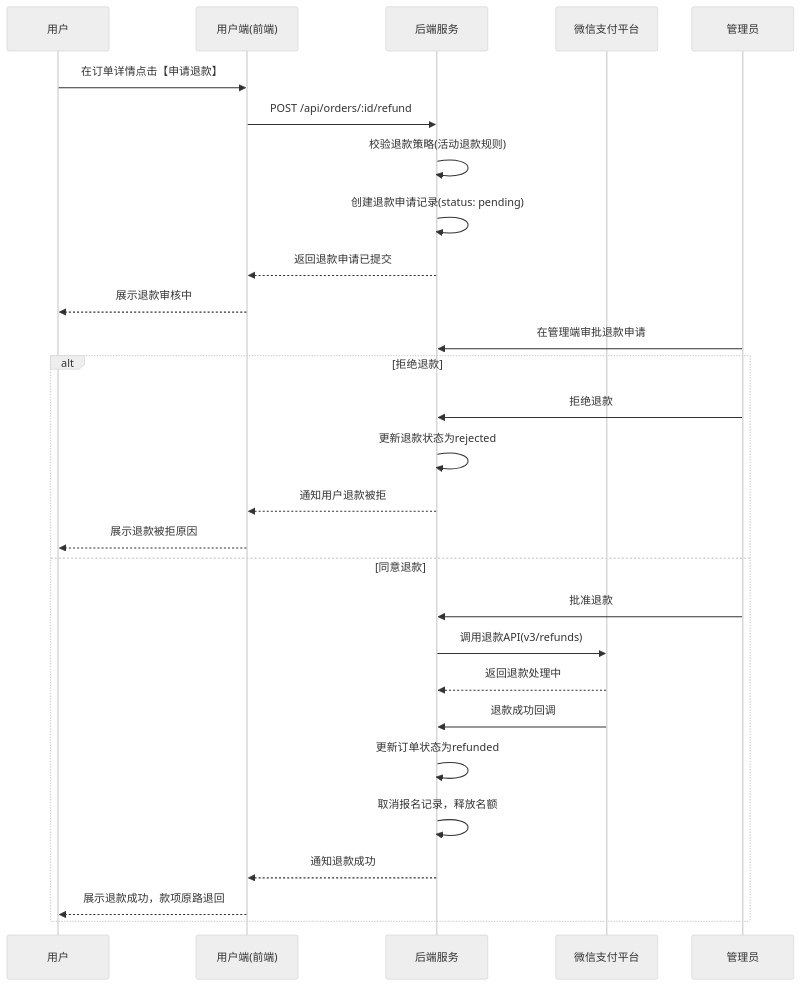
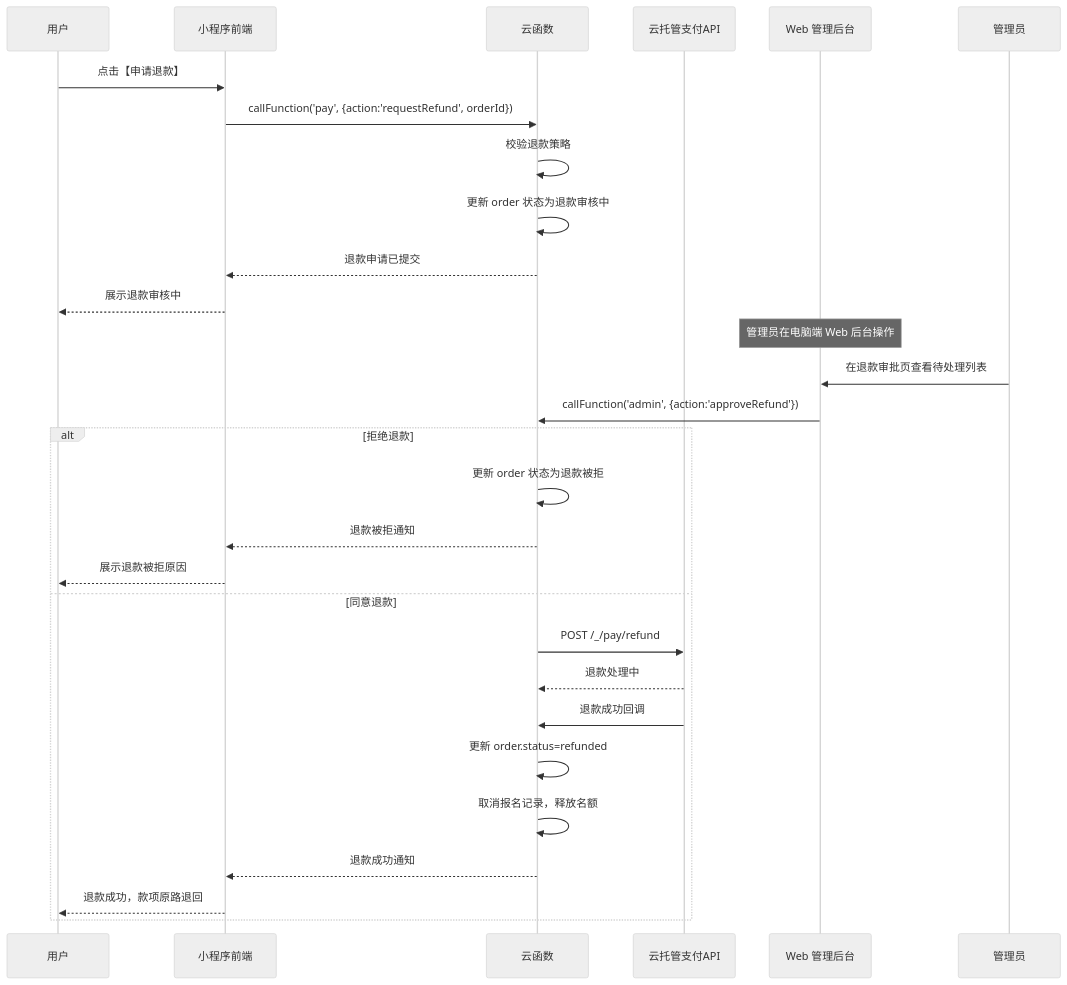
One commit to randyluo85/greenwing changed the fifth of 5 diagrams in .vibe-context/PRD.md. Above: the diagram before and after it, drawn with Mermaid (neutral theme). The commit also changed other lines of this file and 272 other files, not shown here.

````diff
--- a/.vibe-context/PRD.md
+++ b/.vibe-context/PRD.md
@@ -372,32 +400,33 @@
 ```mermaid
 sequenceDiagram
     participant User as 用户
-    participant Frontend as 用户端(前端)
-    participant Backend as 后端服务
-    participant WeChatPay as 微信支付平台
+    participant MiniApp as 小程序前端
+    participant CloudFunc as 云函数
+    participant PayAPI as 云托管支付API
+    participant WebAdmin as Web 管理后台
     participant Admin as 管理员
 
-    User->>Frontend: 在订单详情点击【申请退款】
-    Frontend->>Backend: POST /api/orders/:id/refund
-    Backend->>Backend: 校验退款策略(活动退款规则)
-    Backend->>Backend: 创建退款申请记录(status: pending)
-    Backend-->>Frontend: 返回退款申请已提交
-    Frontend-->>User: 展示退款审核中
+    User->>MiniApp: 点击【申请退款】
+    MiniApp->>CloudFunc: callFunction('pay', {action:'requestRefund', orderId})
+    CloudFunc->>CloudFunc: 校验退款策略
+    CloudFunc->>CloudFunc: 更新 order 状态为退款审核中
+    CloudFunc-->>MiniApp: 退款申请已提交
+    MiniApp-->>User: 展示退款审核中
 
-    Admin->>Backend: 在管理端审批退款申请
+    Note over WebAdmin: 管理员在电脑端 Web 后台操作
+    Admin->>WebAdmin: 在退款审批页查看待处理列表
+    WebAdmin->>CloudFunc: callFunction('admin', {action:'approveRefund'})
     alt 拒绝退款
-        Admin->>Backend: 拒绝退款
-        Backend->>Backend: 更新退款状态为rejected
-        Backend-->>Frontend: 通知用户退款被拒
-        Frontend-->>User: 展示退款被拒原因
+        CloudFunc->>CloudFunc: 更新 order 状态为退款被拒
+        CloudFunc-->>MiniApp: 退款被拒通知
+        MiniApp-->>User: 展示退款被拒原因
     else 同意退款
-        Admin->>Backend: 批准退款
-        Backend->>WeChatPay: 调用退款API(v3/refunds)
-        WeChatPay-->>Backend: 返回退款处理中
-        WeChatPay->>Backend: 退款成功回调
-        Backend->>Backend: 更新订单状态为refunded
-        Backend->>Backend: 取消报名记录，释放名额
-        Backend-->>Frontend: 通知退款成功
-        Frontend-->>User: 展示退款成功，款项原路退回
+        CloudFunc->>PayAPI: POST /_/pay/refund
+        PayAPI-->>CloudFunc: 退款处理中
+        PayAPI->>CloudFunc: 退款成功回调
+        CloudFunc->>CloudFunc: 更新 order.status=refunded
+        CloudFunc->>CloudFunc: 取消报名记录，释放名额
+        CloudFunc-->>MiniApp: 退款成功通知
+        MiniApp-->>User: 退款成功，款项原路退回
     end
 ```
````
